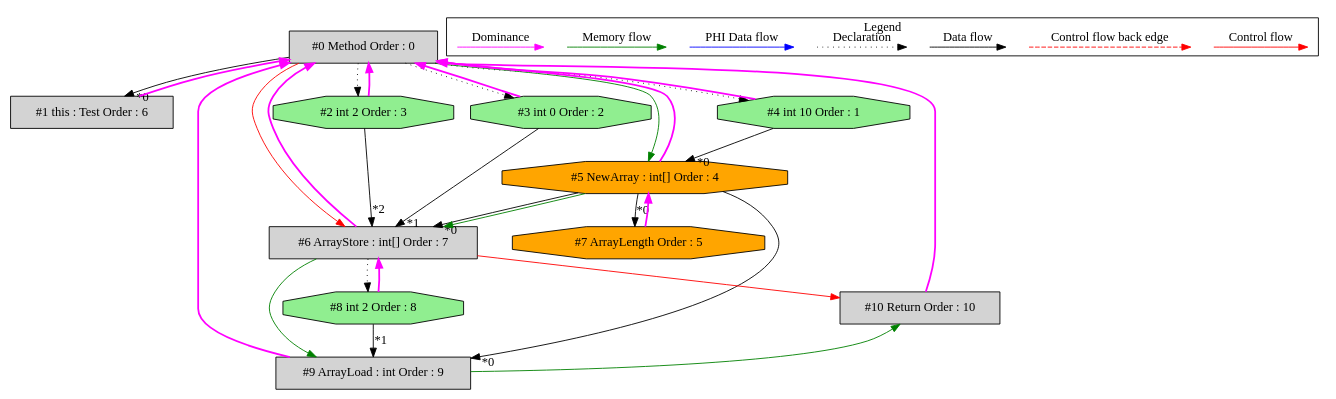
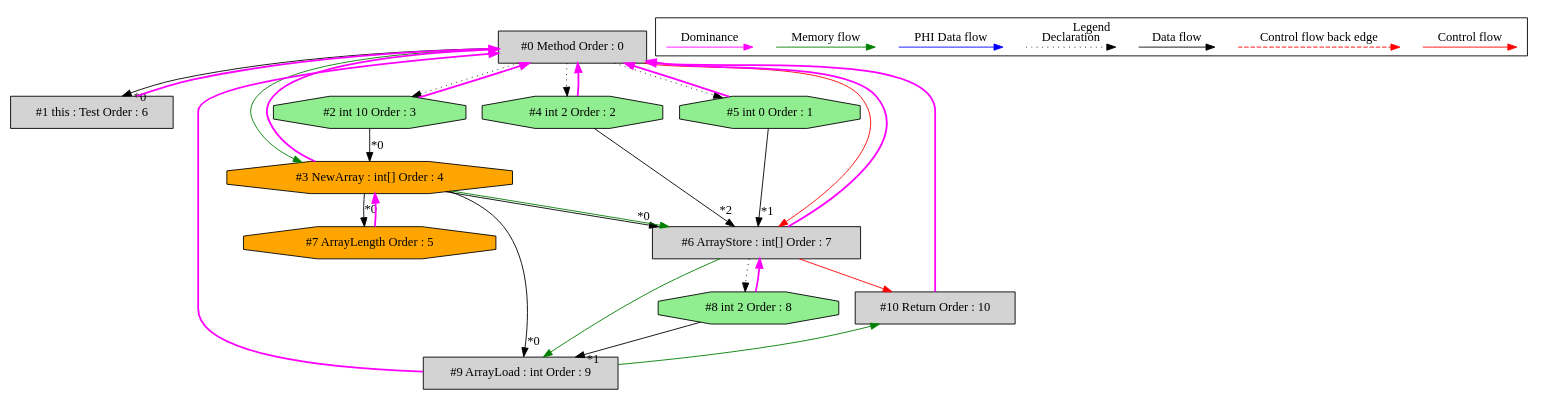
One commit to mirkosertic/MetaIR changed the diagram in de.mirkosertic.metair.ir.OpcodeNEWARRAYTest/test_NEWARRAY_int/ir_dominatortree.dot. Above: the diagram before and after it, drawn with Graphviz. The commit also changed 1222 other files, not shown here.

```diff
--- a/de.mirkosertic.metair.ir.OpcodeNEWARRAYTest/test_NEWARRAY_int/ir_dominatortree.dot
+++ b/de.mirkosertic.metair.ir.OpcodeNEWARRAYTest/test_NEWARRAY_int/ir_dominatortree.dot
@@ -1,71 +1,71 @@
 digraph debugoutput {
  ordering="in";
  node0[label="#0 Method Order : 0",shape=box, fillcolor=lightgrey, style=filled];
  node1[label="#1 this : Test Order : 6",shape=box, fillcolor=lightgrey, style=filled];
  node1 -> node0[dir="forward" color="fuchsia" penwidth="2"];
  node0 -> node1[headlabel="*0", labeldistance=2];
- node2[label="#2 int 2 Order : 3",shape=octagon, fillcolor=lightgreen, style=filled];
+ node2[label="#2 int 10 Order : 3",shape=octagon, fillcolor=lightgreen, style=filled];
  node2 -> node0[dir="forward" color="fuchsia" penwidth="2"];
  node0 -> node2[style=dotted];
- node3[label="#3 int 0 Order : 2",shape=octagon, fillcolor=lightgreen, style=filled];
+ node3[label="#3 NewArray : int[] Order : 4",shape=octagon, fillcolor=orange, style=filled];
  node3 -> node0[dir="forward" color="fuchsia" penwidth="2"];
- node0 -> node3[style=dotted];
- node4[label="#4 int 10 Order : 1",shape=octagon, fillcolor=lightgreen, style=filled];
+ node2 -> node3[headlabel="*0", labeldistance=2];
+ node0 -> node3[labeldistance=2, color=green, constraint=false];
+ node4[label="#4 int 2 Order : 2",shape=octagon, fillcolor=lightgreen, style=filled];
  node4 -> node0[dir="forward" color="fuchsia" penwidth="2"];
  node0 -> node4[style=dotted];
- node5[label="#5 NewArray : int[] Order : 4",shape=octagon, fillcolor=orange, style=filled];
+ node5[label="#5 int 0 Order : 1",shape=octagon, fillcolor=lightgreen, style=filled];
  node5 -> node0[dir="forward" color="fuchsia" penwidth="2"];
- node4 -> node5[headlabel="*0", labeldistance=2];
- node0 -> node5[labeldistance=2, color=green, constraint=false];
+ node0 -> node5[style=dotted];
  node6[label="#6 ArrayStore : int[] Order : 7",shape=box, fillcolor=lightgrey, style=filled];
  node6 -> node0[dir="forward" color="fuchsia" penwidth="2"];
- node5 -> node6[headlabel="*0", labeldistance=2];
- node3 -> node6[headlabel="*1", labeldistance=2];
- node2 -> node6[headlabel="*2", labeldistance=2];
- node5 -> node6[labeldistance=2, color=green, constraint=false];
+ node3 -> node6[headlabel="*0", labeldistance=2];
+ node5 -> node6[headlabel="*1", labeldistance=2];
+ node4 -> node6[headlabel="*2", labeldistance=2];
+ node3 -> node6[labeldistance=2, color=green, constraint=false];
  node0 -> node6[labeldistance=2, color=red, fontcolor=red];
  node7[label="#7 ArrayLength Order : 5",shape=octagon, fillcolor=orange, style=filled];
- node7 -> node5[dir="forward" color="fuchsia" penwidth="2"];
- node5 -> node7[headlabel="*0", labeldistance=2];
+ node7 -> node3[dir="forward" color="fuchsia" penwidth="2"];
+ node3 -> node7[headlabel="*0", labeldistance=2];
  node8[label="#8 int 2 Order : 8",shape=octagon, fillcolor=lightgreen, style=filled];
  node8 -> node6[dir="forward" color="fuchsia" penwidth="2"];
  node6 -> node8[style=dotted];
  node9[label="#9 ArrayLoad : int Order : 9",shape=box, fillcolor=lightgrey, style=filled];
  node9 -> node0[dir="forward" color="fuchsia" penwidth="2"];
- node5 -> node9[headlabel="*0", labeldistance=2];
+ node3 -> node9[headlabel="*0", labeldistance=2];
  node8 -> node9[headlabel="*1", labeldistance=2];
  node6 -> node9[labeldistance=2, color=green, constraint=false];
  node10[label="#10 Return Order : 10",shape=box, fillcolor=lightgrey, style=filled];
  node10 -> node0[dir="forward" color="fuchsia" penwidth="2"];
  node6 -> node10[labeldistance=2, color=red, fontcolor=red];
  node9 -> node10[labeldistance=2, color=green, constraint=false];
  subgraph cluster_000 {
   label = "Legend";
   node [shape=point]
   {
    rank=same;
    c0 [style = invis];
    c1 [style = invis];
    c2 [style = invis];
    c3 [style = invis];
    d0 [style = invis];
    d1 [style = invis];
    d2 [style = invis];
    d3 [style = invis];
    d4 [style = invis];
    d5 [style = invis];
    d6 [style = invis];
    d7 [style = invis];
    d8 [style = invis];
    d9 [style = invis];
   }
   c0 -> c1 [label="Control flow", style=solid, color=red]
   c2 -> c3 [label="Control flow back edge", style=dashed, color=red]
   d0 -> d1 [label="Data flow"]
   d2 -> d3 [label="Declaration", style=dotted]
   d4 -> d5 [label="PHI Data flow", color=blue]
   d6 -> d7 [label="Memory flow", color=green]
   d8 -> d9 [label="Dominance", color=fuchsia, style=solid]
  }
 
 }
```
